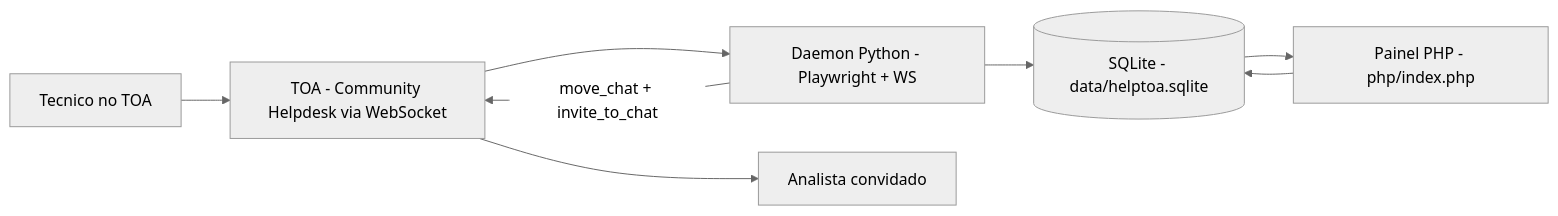
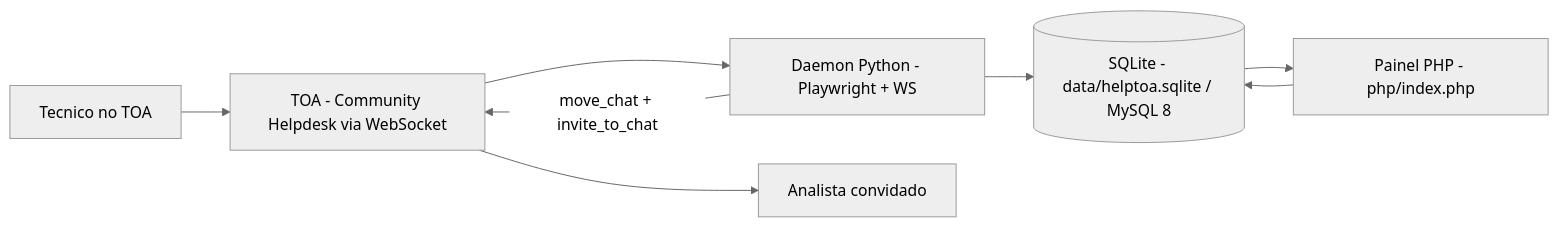
The first of 14 diagrams in docs/desenho-bot.md (lgsalmeida15/botsqlite), drawn with Mermaid (neutral theme) before and after one commit. The commit also changed other lines of this file and 14 other files, not shown here.

````diff
--- a/docs/desenho-bot.md
+++ b/docs/desenho-bot.md
@@ -8,10 +8,10 @@
 ```mermaid
 flowchart LR
   TEC[Tecnico no TOA] --> TOA[TOA - Community Helpdesk via WebSocket]
   TOA --> BOT[Daemon Python - Playwright + WS]
-  BOT --> DB[(SQLite - data/helptoa.sqlite)]
+  BOT --> DB[(SQLite - data/helptoa.sqlite / MySQL 8)]
   DB --> PAINEL[Painel PHP - php/index.php]
   PAINEL --> DB
   BOT -->|move_chat + invite_to_chat| TOA
   TOA --> ANA[Analista convidado]
 ```
````
